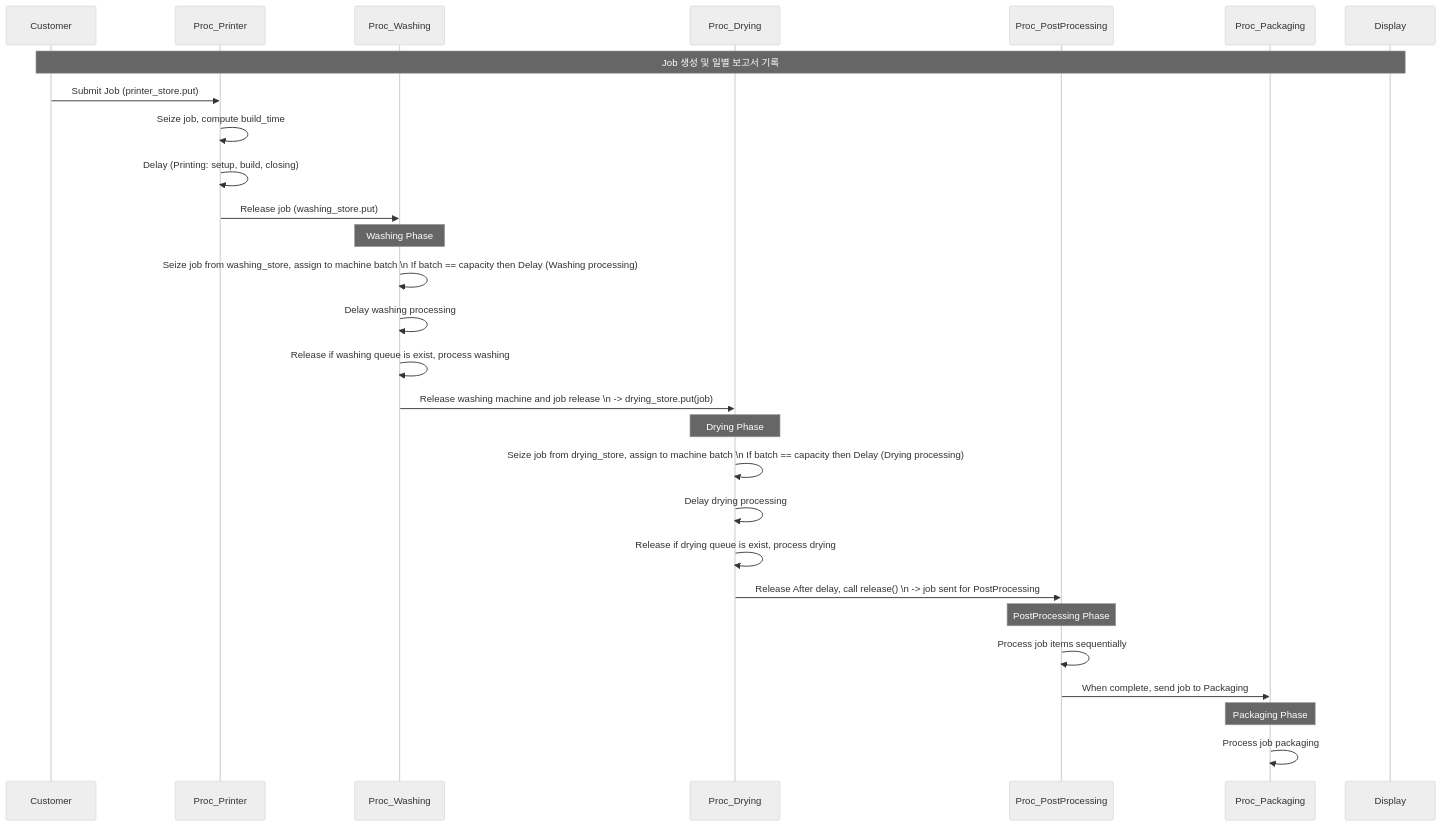
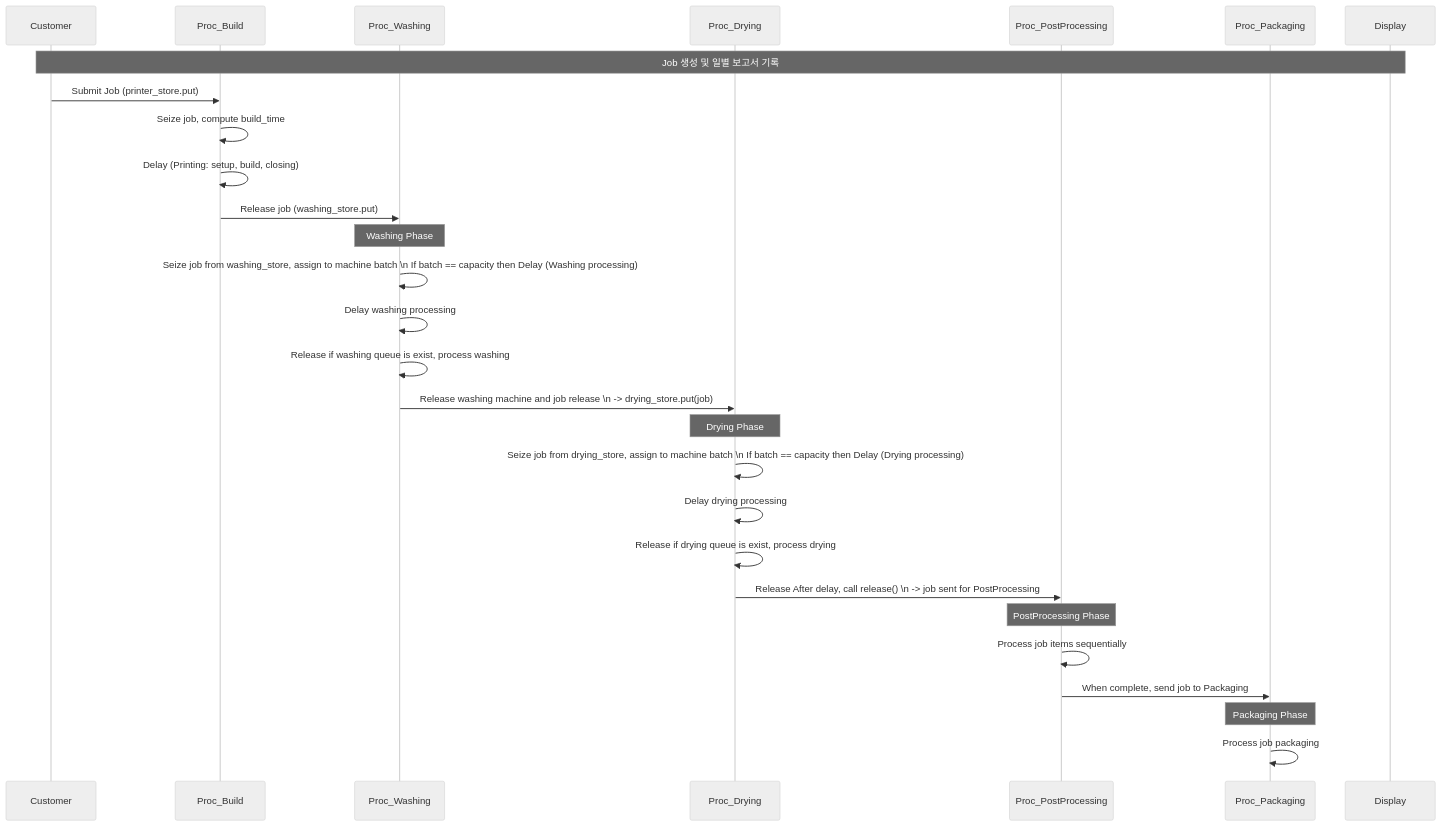
Before and after one commit to TaeWeonHan/3D_printing_farm_Invisalign_Aligners: the diagram in sequence_diagram.md, drawn with Mermaid (neutral theme). The commit also changed 7 other files, not shown here.

````diff
--- a/sequence_diagram.md
+++ b/sequence_diagram.md
@@ -1,31 +1,31 @@
 ```mermaid
 sequenceDiagram
     participant C as Customer
-    participant P as Proc_Printer
+    participant P as Proc_Build
     participant W as Proc_Washing
     participant D as Proc_Drying
     participant PP as Proc_PostProcessing
     participant PA as Proc_Packaging
     participant Disp as Display
     
     Note over C,Disp: Job 생성 및 일별 보고서 기록
     C->>P: Submit Job (printer_store.put)
     P->>P: Seize job, compute build_time
     P->>P: Delay (Printing: setup, build, closing)
     P->>W: Release job (washing_store.put)
     Note over W: Washing Phase
     W->>W: Seize job from washing_store, assign to machine batch \n If batch == capacity then Delay (Washing processing)
     W->>W: Delay washing processing
     W->>W: Release if washing queue is exist, process washing
     W->>D: Release washing machine and job release \n -> drying_store.put(job)
     Note over D: Drying Phase
     D->>D: Seize job from drying_store, assign to machine batch \n If batch == capacity then Delay (Drying processing)
     D->>D: Delay drying processing
     D->>D: Release if drying queue is exist, process drying
     D->>PP: Release After delay, call release() \n -> job sent for PostProcessing
     Note over PP: PostProcessing Phase
     PP->>PP: Process job items sequentially
     PP->>PA: When complete, send job to Packaging
     Note over PA: Packaging Phase
     PA->>PA: Process job packaging
 ```
````
